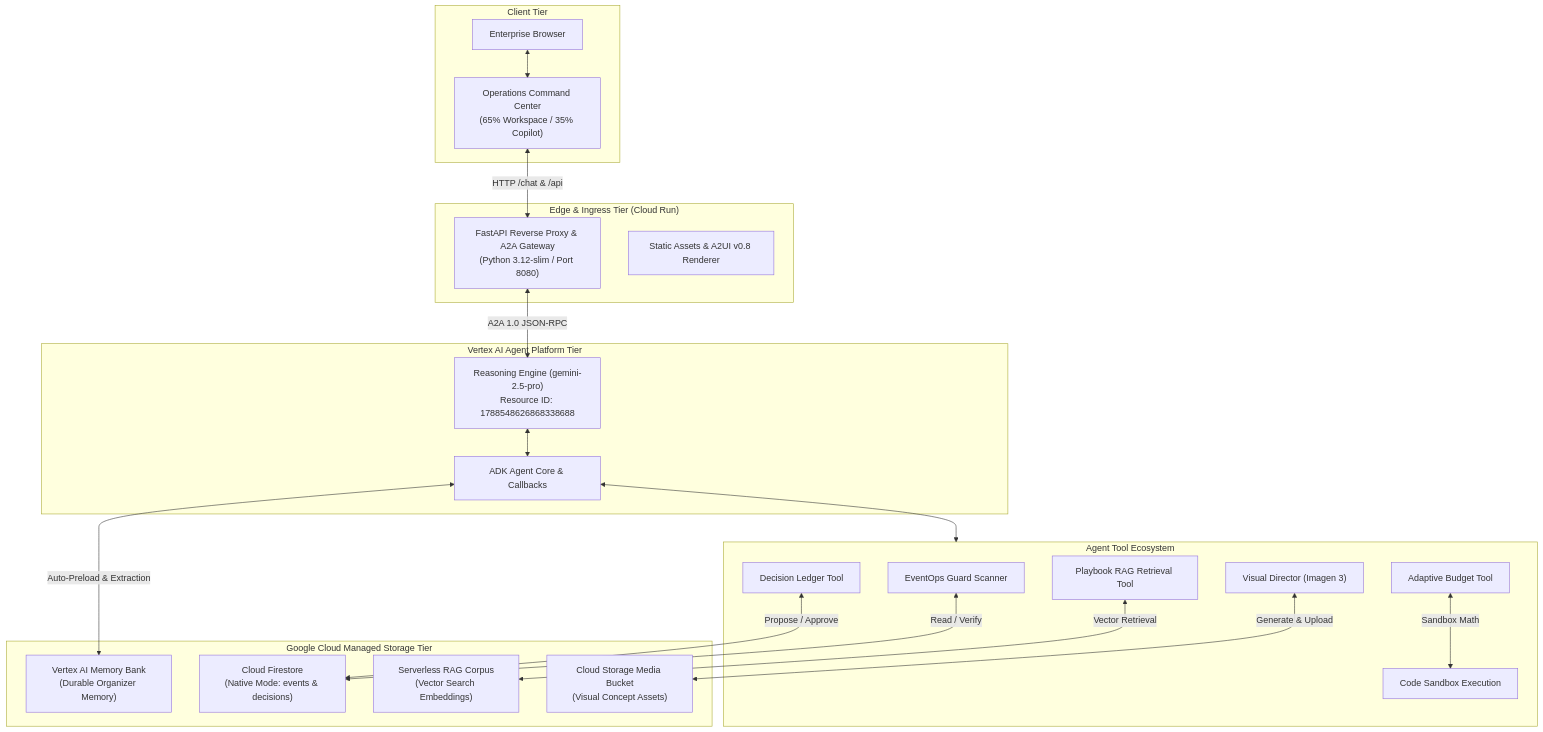
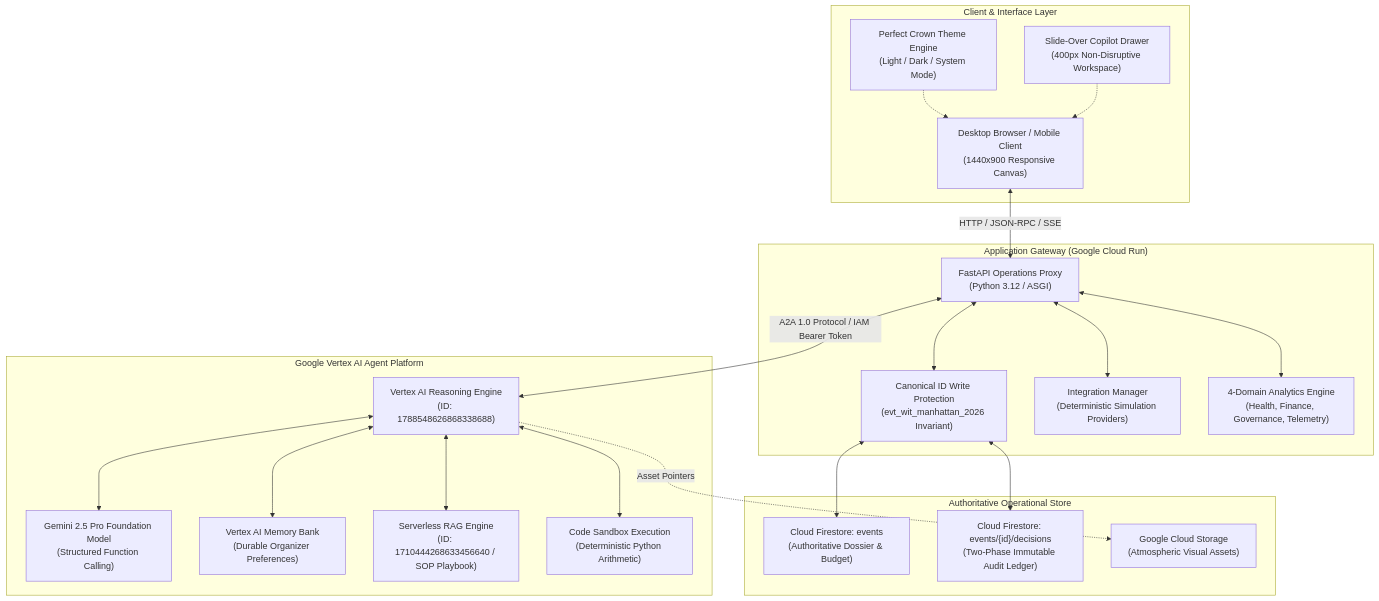
The first of 2 diagrams in README.md (fzinnah17/buildwithgemini-eventops-ai), drawn with Mermaid before and after one commit. The commit also changed other lines of this file and 13 other files, not shown here.

````diff
--- a/README.md
+++ b/README.md
@@ -106,46 +108,46 @@
 ```mermaid
-flowchart TB
-    subgraph Client["Client Tier"]
-        Browser["Enterprise Browser"]
-        Dashboard["Operations Command Center\n(65% Workspace / 35% Copilot)"]
+flowchart TD
+    subgraph ClientLayer ["Client & Interface Layer"]
+        Browser["Desktop Browser / Mobile Client\n(1440x900 Responsive Canvas)"]
+        ThemeEngine["Perfect Crown Theme Engine\n(Light / Dark / System Mode)"]
+        Drawer["Slide-Over Copilot Drawer\n(400px Non-Disruptive Workspace)"]
     end
 
-    subgraph Edge["Edge & Ingress Tier (Cloud Run)"]
-        FastAPI["FastAPI Reverse Proxy & A2A Gateway\n(Python 3.12-slim / Port 8080)"]
-        StaticUI["Static Assets & A2UI v0.8 Renderer"]
+    subgraph GatewayLayer ["Application Gateway (Google Cloud Run)"]
+        FastAPI["FastAPI Operations Proxy\n(Python 3.12 / ASGI)"]
+        SecurityGate["Canonical ID Write Protection\n(evt_wit_manhattan_2026 Invariant)"]
+        IntegrationMgr["Integration Manager\n(Deterministic Simulation Providers)"]
+        AnalyticsEngine["4-Domain Analytics Engine\n(Health, Finance, Governance, Telemetry)"]
     end
 
-    subgraph AgentPlatform["Vertex AI Agent Platform Tier"]
-        RE["Reasoning Engine (gemini-2.5-pro)\nResource ID: 1788548626868338688"]
-        ADK["ADK Agent Core & Callbacks"]
+    subgraph AgentPlatform ["Google Vertex AI Agent Platform"]
+        ReasoningEngine["Vertex AI Reasoning Engine\n(ID: 1788548626868338688)"]
+        GeminiModel["Gemini 2.5 Pro Foundation Model\n(Structured Function Calling)"]
+        MemoryBank["Vertex AI Memory Bank\n(Durable Organizer Preferences)"]
+        RAGCorpus["Serverless RAG Engine\n(ID: 1710444268633456640 / SOP Playbook)"]
+        Sandbox["Code Sandbox Execution\n(Deterministic Python Arithmetic)"]
     end
 
-    subgraph ToolEcosystem["Agent Tool Ecosystem"]
-        GuardTool["EventOps Guard Scanner"]
-        BudgetTool["Adaptive Budget Tool"]
-        LedgerTool["Decision Ledger Tool"]
-        RAGTool["Playbook RAG Retrieval Tool"]
-        VisualTool["Visual Director (Imagen 3)"]
-        SandboxTool["Code Sandbox Execution"]
+    subgraph OperationalStorage ["Authoritative Operational Store"]
+        FirestoreEvents["Cloud Firestore: events\n(Authoritative Dossier & Budget)"]
+        FirestoreDecisions["Cloud Firestore: events/{id}/decisions\n(Two-Phase Immutable Audit Ledger)"]
+        GCSMedia["Google Cloud Storage\n(Atmospheric Visual Assets)"]
     end
 
-    subgraph StorageTier["Google Cloud Managed Storage Tier"]
-        MemoryBank["Vertex AI Memory Bank\n(Durable Organizer Memory)"]
-        Firestore["Cloud Firestore\n(Native Mode: events & decisions)"]
-        RAGCorpus["Serverless RAG Corpus\n(Vector Search Embeddings)"]
-        GCS["Cloud Storage Media Bucket\n(Visual Concept Assets)"]
-    end
+    Browser <--> |HTTP / JSON-RPC / SSE| FastAPI
+    ThemeEngine -.-> Browser
+    Drawer -.-> Browser
 
-    Browser <--> Dashboard
-    Dashboard <-->|HTTP /chat & /api| FastAPI
-    FastAPI <-->|A2A 1.0 JSON-RPC| RE
-    RE <--> ADK
-    ADK <--> ToolEcosystem
-    
-    ADK <-->|Auto-Preload & Extraction| MemoryBank
-    GuardTool <-->|Read / Verify| Firestore
-    BudgetTool <-->|Sandbox Math| SandboxTool
-    LedgerTool <-->|Propose / Approve| Firestore
-    RAGTool <-->|Vector Retrieval| RAGCorpus
-    VisualTool <-->|Generate & Upload| GCS
+    FastAPI <--> SecurityGate
+    SecurityGate <--> FirestoreEvents
+    SecurityGate <--> FirestoreDecisions
+    FastAPI <--> IntegrationMgr
+    FastAPI <--> AnalyticsEngine
+
+    FastAPI <--> |A2A 1.0 Protocol / IAM Bearer Token| ReasoningEngine
+    ReasoningEngine <--> GeminiModel
+    ReasoningEngine <--> MemoryBank
+    ReasoningEngine <--> RAGCorpus
+    ReasoningEngine <--> Sandbox
+    ReasoningEngine -.-> |Asset Pointers| GCSMedia
 ```
````
